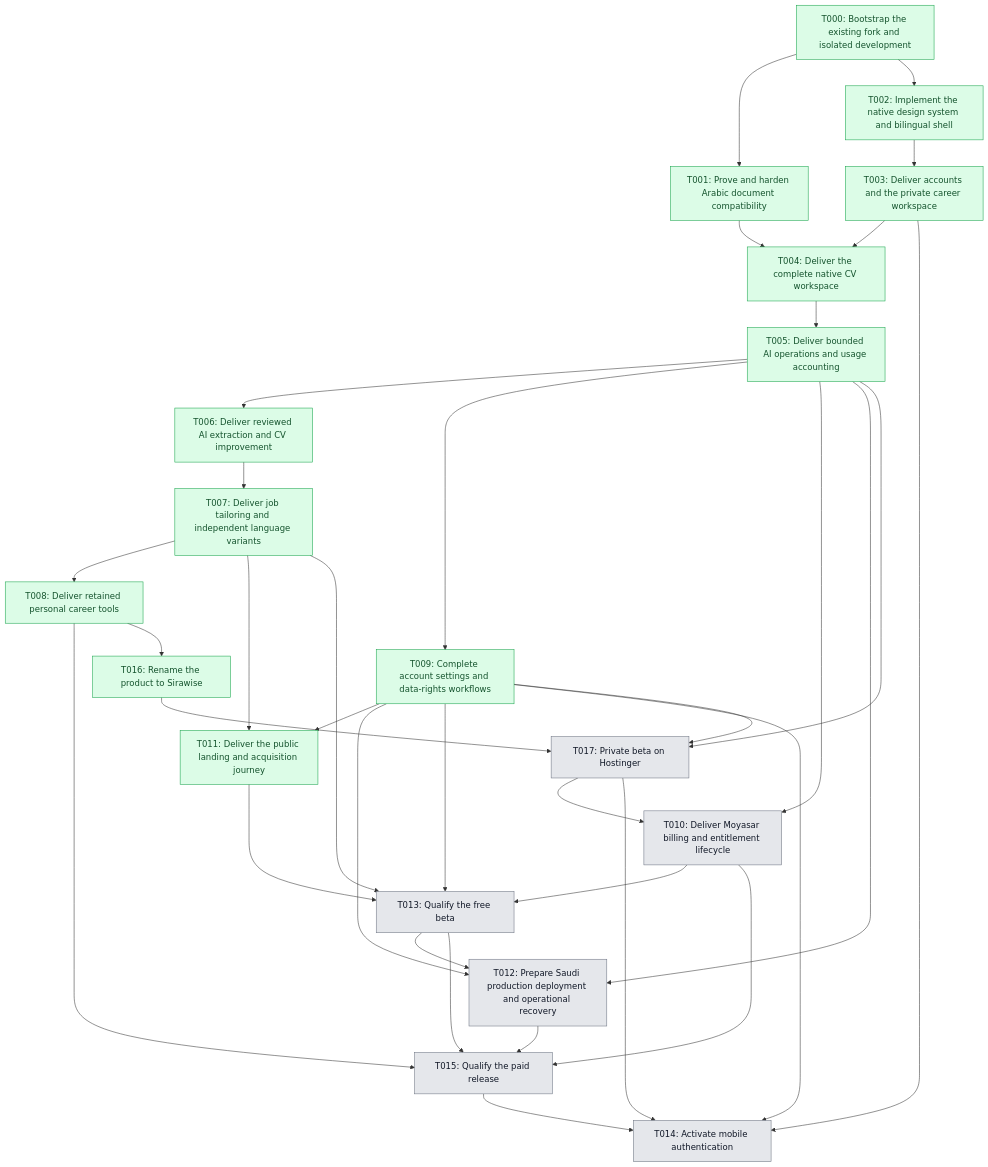
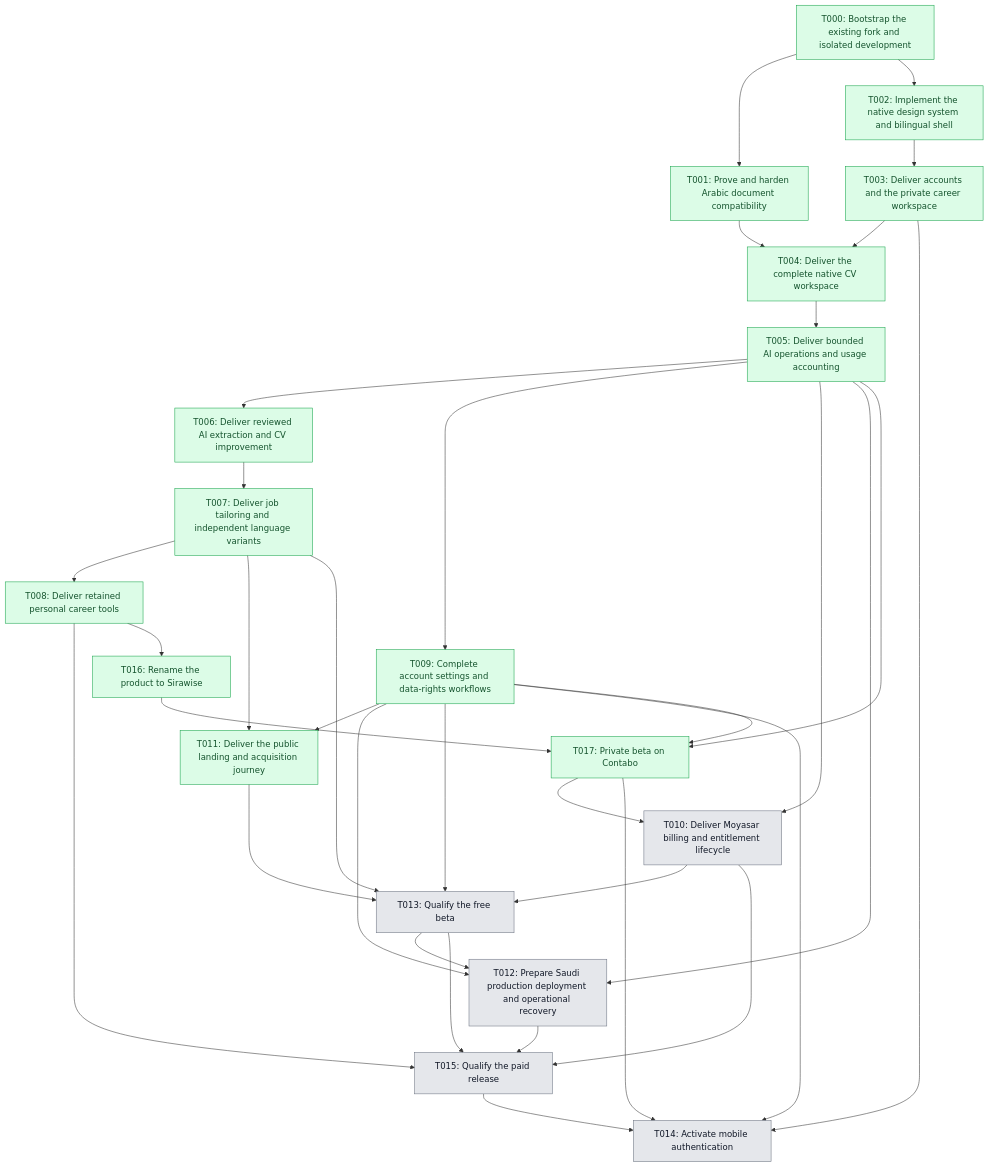
One commit to 0-sayed/master-cv changed the diagram in Planning/roadmap/dependencies.mmd. Above: the diagram before and after it, drawn with Mermaid. The commit also changed 9 other files, not shown here.

```diff
--- a/Planning/roadmap/dependencies.mmd
+++ b/Planning/roadmap/dependencies.mmd
@@ -1,63 +1,63 @@
 flowchart TD
     T000["T000: Bootstrap the existing fork and isolated development"]
     T001["T001: Prove and harden Arabic document compatibility"]
     T002["T002: Implement the native design system and bilingual shell"]
     T003["T003: Deliver accounts and the private career workspace"]
     T004["T004: Deliver the complete native CV workspace"]
     T005["T005: Deliver bounded AI operations and usage accounting"]
     T006["T006: Deliver reviewed AI extraction and CV improvement"]
     T007["T007: Deliver job tailoring and independent language variants"]
     T008["T008: Deliver retained personal career tools"]
     T009["T009: Complete account settings and data-rights workflows"]
     T010["T010: Deliver Moyasar billing and entitlement lifecycle"]
     T011["T011: Deliver the public landing and acquisition journey"]
-    T017["T017: Private beta on Hostinger"]
+    T017["T017: Private beta on Contabo"]
     T016["T016: Rename the product to Sirawise"]
     T012["T012: Prepare Saudi production deployment and operational recovery"]
     T013["T013: Qualify the free beta"]
     T014["T014: Activate mobile authentication"]
     T015["T015: Qualify the paid release"]
 
     T000 --> T001
     T000 --> T002
     T002 --> T003
     T001 --> T004
     T003 --> T004
     T004 --> T005
     T005 --> T006
     T006 --> T007
     T007 --> T008
     %% D39 (Sayed, 2026-11-16): T008 builds before T012/T013; no deployment work.
     %% Release order only: S32-S34 stay post-beta; T013 decides their beta availability.
     T005 --> T009
     T007 --> T011
     T009 --> T011
 
     %% D43 (amended 2026-11-19): T008 -> T016 -> T017 -> T010 -> T013 -> T012 -> T015; T014 post-MVP.
     %% T012 follows client pilot approval; production charging waits for T012/T015.
     T005 --> T010
     T017 --> T010
     T005 --> T012
     T009 --> T012
     T013 --> T012
     T007 --> T013
     T009 --> T013
     T010 --> T013
     T011 --> T013
     T003 --> T014
     T009 --> T014
     T017 --> T014
     T015 --> T014
     T008 --> T015
     T010 --> T015
     T012 --> T015
     T013 --> T015
     T008 --> T016
     T005 --> T017
     T009 --> T017
     T016 --> T017
 
     classDef pending fill:#e5e7eb,stroke:#6b7280,color:#111827;
     classDef done fill:#dcfce7,stroke:#16a34a,color:#14532d;
-    class T000,T001,T002,T003,T004,T005,T006,T007,T008,T009,T011,T016 done;
-    class T010,T012,T013,T014,T015,T017 pending;
+    class T000,T001,T002,T003,T004,T005,T006,T007,T008,T009,T011,T016,T017 done;
+    class T010,T012,T013,T014,T015 pending;
```
